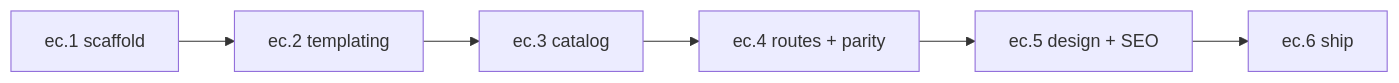
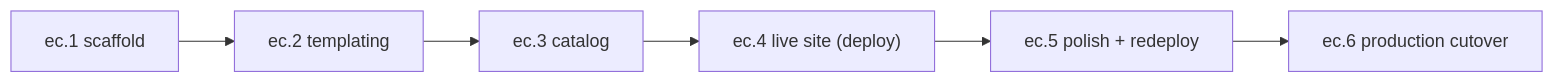
The second of 2 diagrams in docs/echo_courses/echo-courses.roadmap.md (jonny-novikov/fiberfx), drawn with Mermaid before and after one commit. The commit also changed other lines of this file and 3 other files, not shown here.

````diff
--- a/docs/echo_courses/echo-courses.roadmap.md
+++ b/docs/echo_courses/echo-courses.roadmap.md
@@ -78,8 +80,8 @@
 ```mermaid
 flowchart LR
     ec1["ec.1 scaffold"] --> ec2["ec.2 templating"]
     ec2 --> ec3["ec.3 catalog"]
-    ec3 --> ec4["ec.4 routes + parity"]
-    ec4 --> ec5["ec.5 design + SEO"]
-    ec5 --> ec6["ec.6 ship"]
+    ec3 --> ec4["ec.4 live site (deploy)"]
+    ec4 --> ec5["ec.5 polish + redeploy"]
+    ec5 --> ec6["ec.6 production cutover"]
 ```
````
